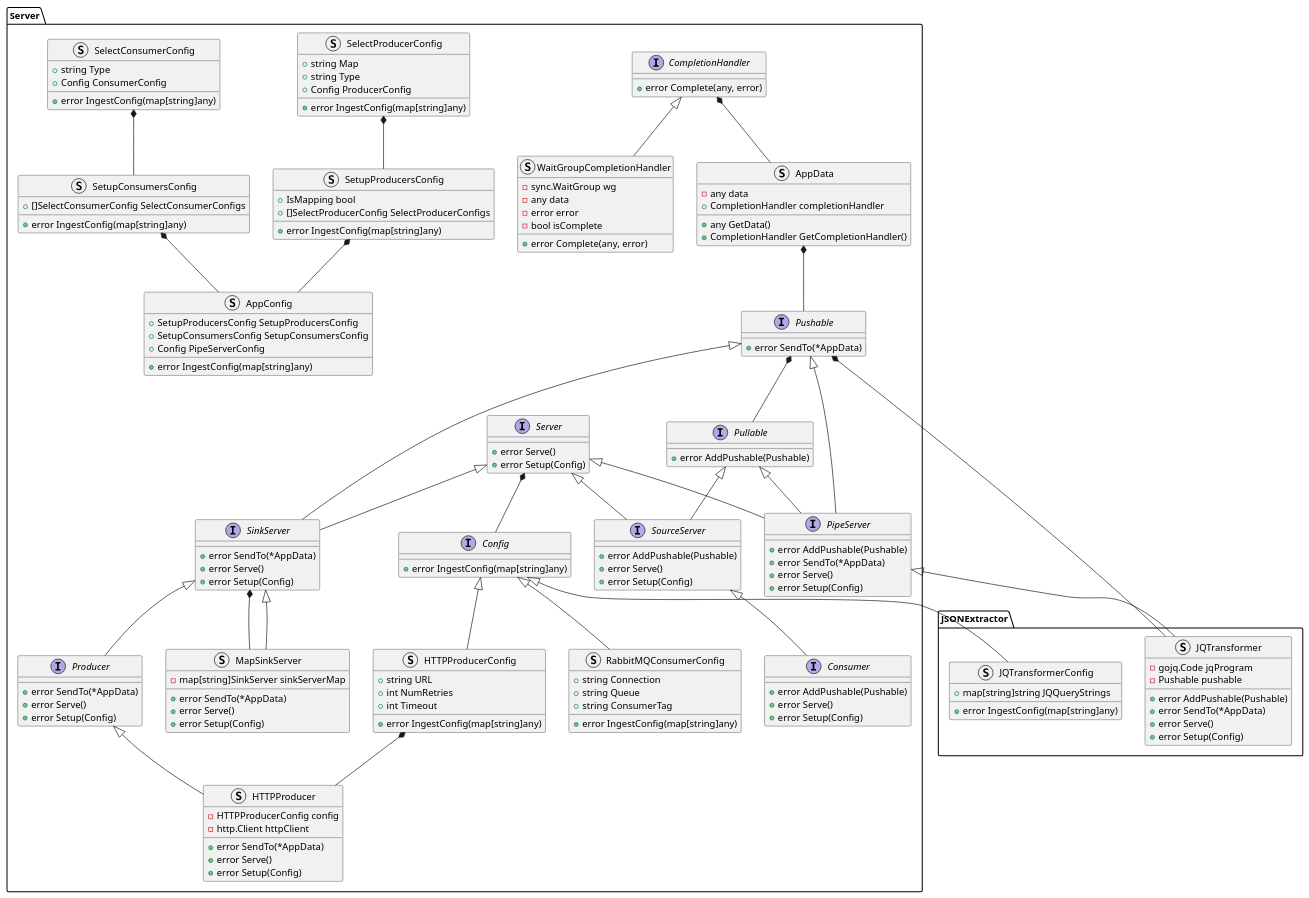
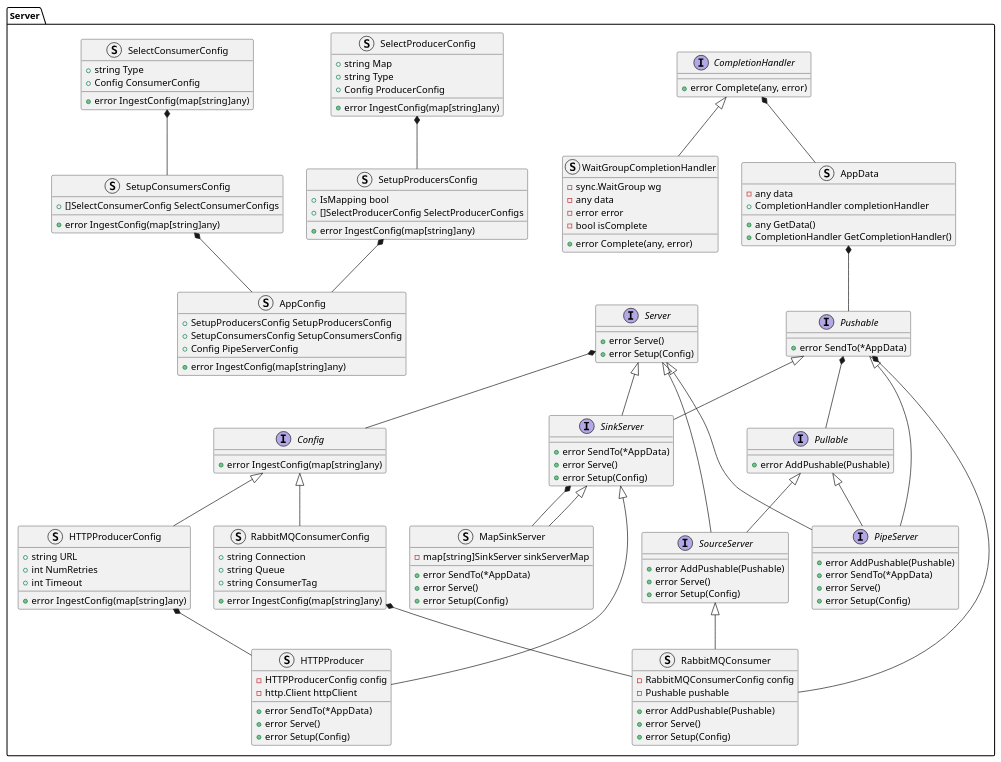
Before and after one commit to xtuml/otel2pv: the diagram in docs/design_notes/DN1_JSON_Extractor/class_diagram.puml, drawn with PlantUML. The commit also changed 16 other files, not shown here.

```diff
--- a/docs/design_notes/DN1_JSON_Extractor/class_diagram.puml
+++ b/docs/design_notes/DN1_JSON_Extractor/class_diagram.puml
@@ -1,155 +1,135 @@
 @startuml
-namespace JSONExtractor {
-    struct JQTransformerConfig {
-        +map[string]string JQQueryStrings
-        +error IngestConfig(map[string]any)
-    }
-    struct JQTransformer {
-        -gojq.Code jqProgram
-        -Pushable pushable
-        +error AddPushable(Pushable)
-        +error SendTo(*AppData)
-        +error Serve()
-        +error Setup(Config)
-    }
-}
 namespace Server {
     interface CompletionHandler {
         +error Complete(any, error)
     }
     struct WaitGroupCompletionHandler {
         -sync.WaitGroup wg
         -any data
         -error error
         -bool isComplete
         +error Complete(any, error)
     }
     struct AppData {
         -any data
         +CompletionHandler completionHandler
         +any GetData()
         +CompletionHandler GetCompletionHandler()
     }
     interface Server {
         +error Serve()
         +error Setup(Config)
     }
     interface Pullable {
         +error AddPushable(Pushable)
     }
     interface Pushable {
         +error SendTo(*AppData)
     }
     interface SourceServer {
         +error AddPushable(Pushable)
         +error Serve()
         +error Setup(Config)
     }
     interface SinkServer {
         +error SendTo(*AppData)
         +error Serve()
         +error Setup(Config)
     }
     interface PipeServer {
         +error AddPushable(Pushable)
         +error SendTo(*AppData)
         +error Serve()
         +error Setup(Config)
     }
-    interface Producer {
-        +error SendTo(*AppData)
-        +error Serve()
-        +error Setup(Config)
-    }
     struct HTTPProducer {
         -HTTPProducerConfig config
         -http.Client httpClient
         +error SendTo(*AppData)
         +error Serve()
         +error Setup(Config)
     }
-    interface Consumer {
-        +error AddPushable(Pushable)
+    struct RabbitMQConsumer {
+        -RabbitMQConsumerConfig config
+        -Pushable pushable
+        +error AddPushable(Pushable) 
         +error Serve()
         +error Setup(Config)
     }
     struct MapSinkServer {
         -map[string]SinkServer sinkServerMap
         +error SendTo(*AppData)
         +error Serve()
         +error Setup(Config)
     }
     interface Config {
         +error IngestConfig(map[string]any)
     }
     struct HTTPProducerConfig {
         +string URL
         +int NumRetries
         +int Timeout
         +error IngestConfig(map[string]any)
     }
     struct RabbitMQConsumerConfig {
         +string Connection
         +string Queue
         +string ConsumerTag
         +error IngestConfig(map[string]any)
     }
     struct SelectProducerConfig {
         +string Map
         +string Type
         +Config ProducerConfig
         +error IngestConfig(map[string]any)
     }
     struct SetupProducersConfig {
         +IsMapping bool
         +[]SelectProducerConfig SelectProducerConfigs
         +error IngestConfig(map[string]any)
     }
     struct SelectConsumerConfig {
         +string Type
         +Config ConsumerConfig
         +error IngestConfig(map[string]any)
     }
     struct SetupConsumersConfig {
         +[]SelectConsumerConfig SelectConsumerConfigs
         +error IngestConfig(map[string]any)
     }
     struct AppConfig {
         +SetupProducersConfig SetupProducersConfig
         +SetupConsumersConfig SetupConsumersConfig
         +Config PipeServerConfig
         +error IngestConfig(map[string]any)
     }
 }
 Server.CompletionHandler <|-- Server.WaitGroupCompletionHandler
 Server.CompletionHandler *-- Server.AppData
 Server.AppData *-- Server.Pushable
 Server.Server <|-- Server.SourceServer
 Server.Pushable *-- Server.Pullable
 Server.Pullable <|-- Server.SourceServer
 Server.Server <|-- Server.SinkServer
 Server.Pushable <|-- Server.SinkServer
 Server.Pushable <|-- Server.PipeServer
 Server.Pullable <|-- Server.PipeServer
 Server.Server <|-- Server.PipeServer
 
-Server.SinkServer <|-- Server.Producer
+Server.SinkServer <|-- Server.HTTPProducer
 Server.SinkServer *-- Server.MapSinkServer
 Server.SinkServer <|-- Server.MapSinkServer
-Server.SourceServer <|-- Server.Consumer
-
-Server.PipeServer <|-- JSONExtractor.JQTransformer
-Server.Pushable *-- JSONExtractor.JQTransformer
+Server.SourceServer <|-- Server.RabbitMQConsumer
+Server.Pushable *-- Server.RabbitMQConsumer
 
 
 Server.Server *-- Server.Config
-Server.Config <|-- JSONExtractor.JQTransformerConfig
 Server.Config <|-- Server.HTTPProducerConfig
 Server.Config <|-- Server.RabbitMQConsumerConfig
 Server.SetupProducersConfig *-- Server.AppConfig
 Server.SetupConsumersConfig *-- Server.AppConfig
 Server.SelectProducerConfig *-- Server.SetupProducersConfig
 Server.SelectConsumerConfig *-- Server.SetupConsumersConfig
-Server.Producer <|-- Server.HTTPProducer
 Server.HTTPProducerConfig *-- Server.HTTPProducer
+Server.RabbitMQConsumerConfig *-- Server.RabbitMQConsumer
 @enduml
```
